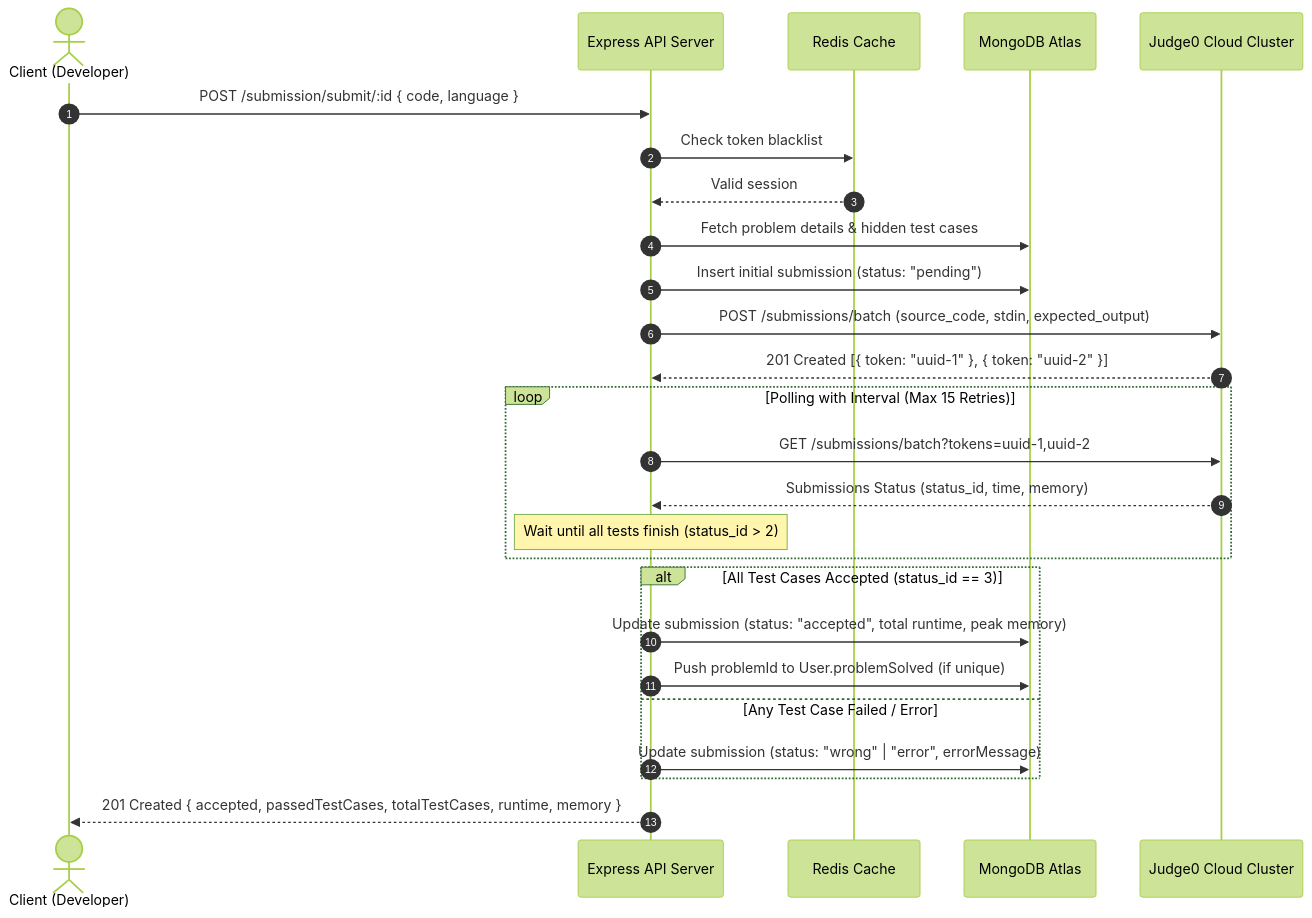
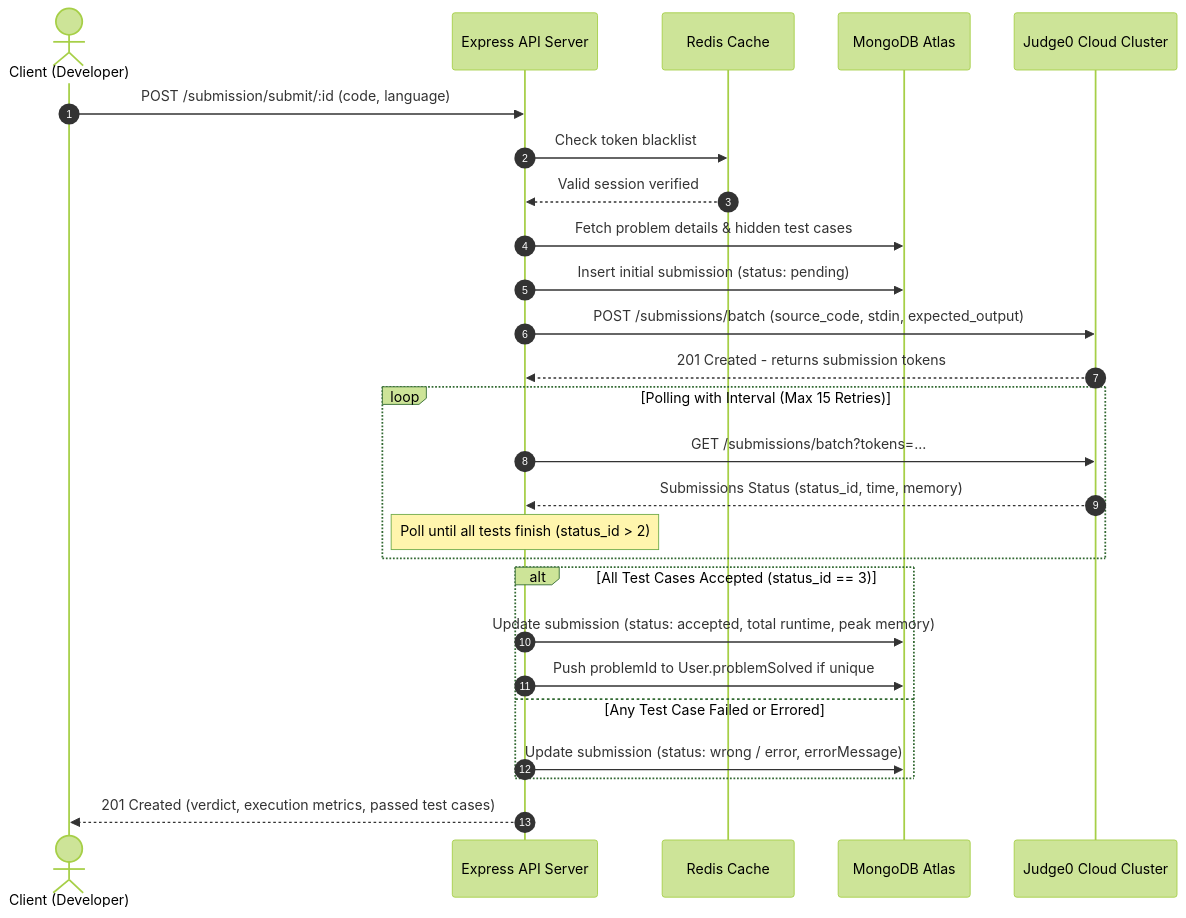
One commit to Hardoo-009/NexCode-backend changed the second of 5 diagrams in README.md. Above: the diagram before and after it, drawn with Mermaid (forest theme). The commit also changed other lines of this file, not shown here.

Commit message:
Refactor README for clarity: update router descriptions, improve sequence diagram annotations, and enhance enum formatting

````diff
--- a/README.md
+++ b/README.md
@@ -116,32 +116,32 @@
 ```mermaid
 sequenceDiagram
     autonumber
     actor User as Client (Developer)
     participant API as Express API Server
     participant Redis as Redis Cache
     participant DB as MongoDB Atlas
     participant J0 as Judge0 Cloud Cluster
 
-    User->>API: POST /submission/submit/:id { code, language }
+    User->>API: POST /submission/submit/:id (code, language)
     API->>Redis: Check token blacklist
-    Redis-->>API: Valid session
+    Redis-->>API: Valid session verified
     API->>DB: Fetch problem details & hidden test cases
-    API->>DB: Insert initial submission (status: "pending")
+    API->>DB: Insert initial submission (status: pending)
     
     API->>J0: POST /submissions/batch (source_code, stdin, expected_output)
-    J0-->>API: 201 Created [{ token: "uuid-1" }, { token: "uuid-2" }]
+    J0-->>API: 201 Created - returns submission tokens
     
     loop Polling with Interval (Max 15 Retries)
-        API->>J0: GET /submissions/batch?tokens=uuid-1,uuid-2
+        API->>J0: GET /submissions/batch?tokens=...
         J0-->>API: Submissions Status (status_id, time, memory)
-        Note over API: Wait until all tests finish (status_id > 2)
+        Note over API: Poll until all tests finish (status_id > 2)
     end
 
     alt All Test Cases Accepted (status_id == 3)
-        API->>DB: Update submission (status: "accepted", total runtime, peak memory)
-        API->>DB: Push problemId to User.problemSolved (if unique)
-    else Any Test Case Failed / Error
-        API->>DB: Update submission (status: "wrong" | "error", errorMessage)
+        API->>DB: Update submission (status: accepted, total runtime, peak memory)
+        API->>DB: Push problemId to User.problemSolved if unique
+    else Any Test Case Failed or Errored
+        API->>DB: Update submission (status: wrong / error, errorMessage)
     end
-    API-->>User: 201 Created { accepted, passedTestCases, totalTestCases, runtime, memory }
+    API-->>User: 201 Created (verdict, execution metrics, passed test cases)
 ```
````
